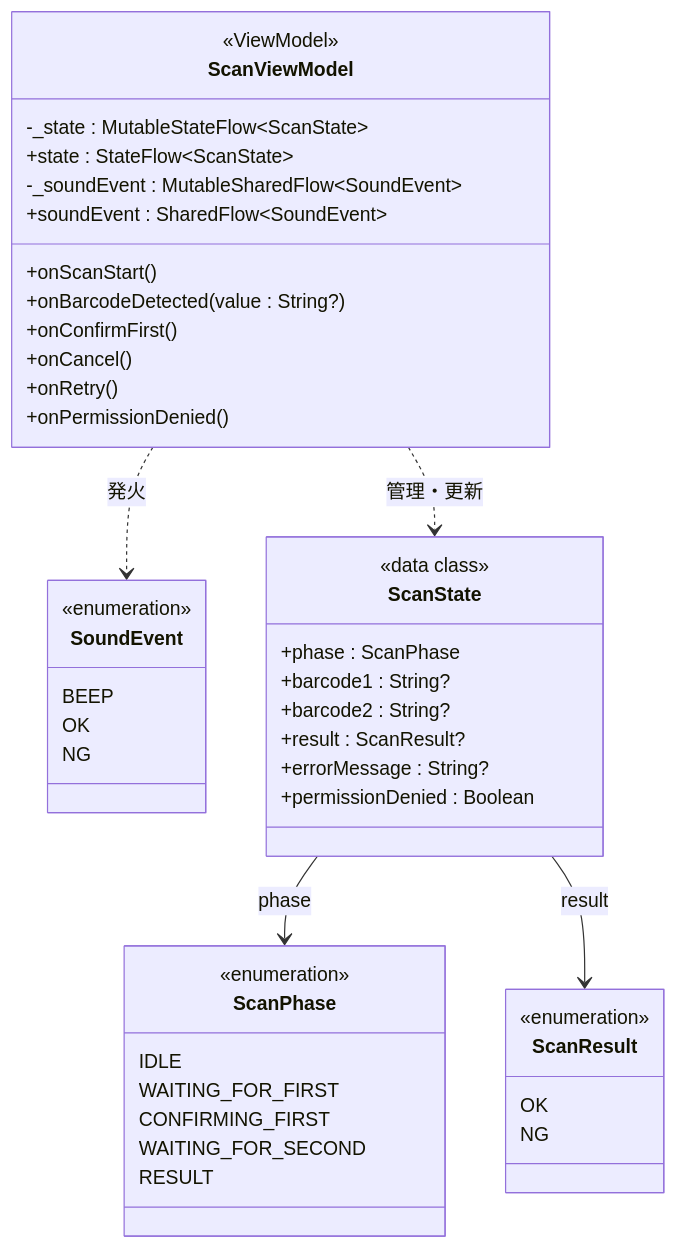
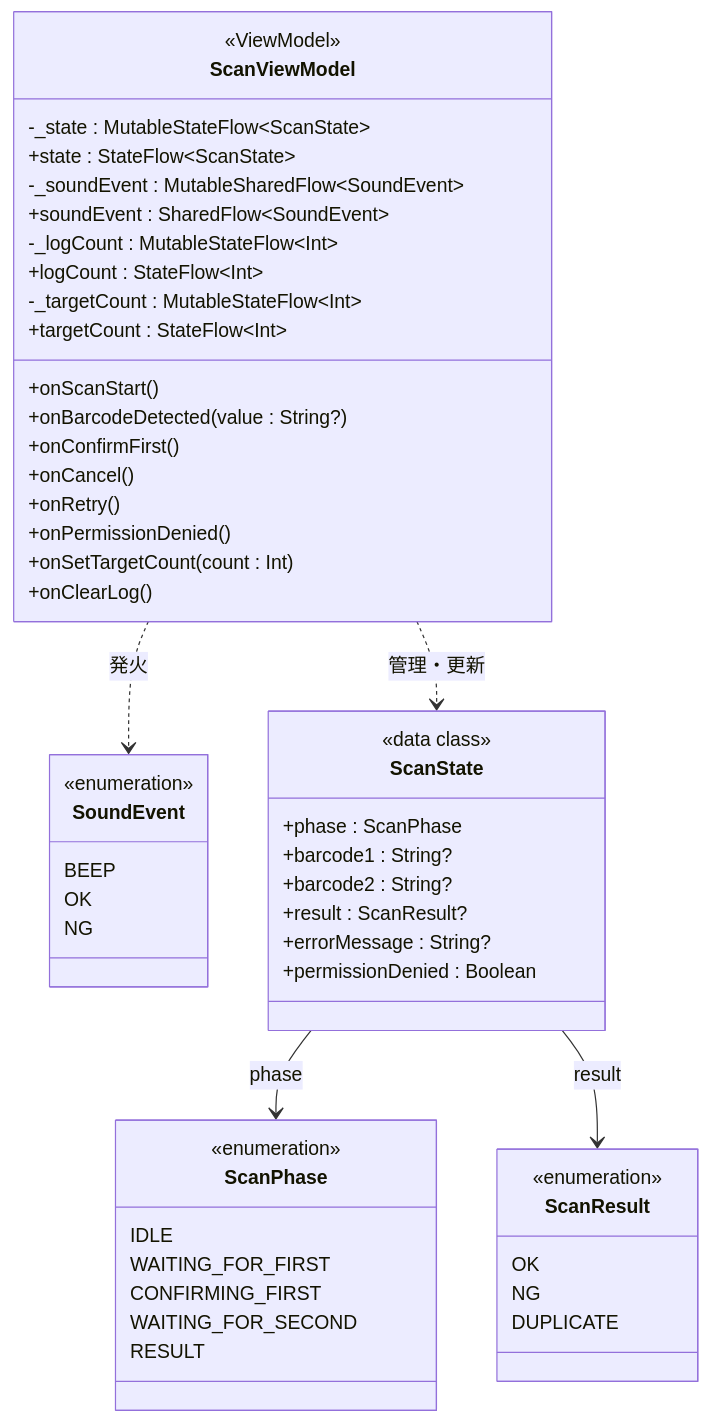
One commit to garyohosu/ocrreader changed the second of 3 diagrams in CLASS.md. Above: the diagram before and after it, drawn with Mermaid. The commit also changed other lines of this file and 6 other files, not shown here.

````diff
--- a/CLASS.md
+++ b/CLASS.md
@@ -167,53 +215,60 @@
 ```mermaid
 classDiagram
     class ScanPhase {
         <<enumeration>>
         IDLE
         WAITING_FOR_FIRST
         CONFIRMING_FIRST
         WAITING_FOR_SECOND
         RESULT
     }
 
     class ScanResult {
         <<enumeration>>
         OK
         NG
+        DUPLICATE
     }
 
     class SoundEvent {
         <<enumeration>>
         BEEP
         OK
         NG
     }
 
     class ScanState {
         <<data class>>
         +phase : ScanPhase
         +barcode1 : String?
         +barcode2 : String?
         +result : ScanResult?
         +errorMessage : String?
         +permissionDenied : Boolean
     }
 
     class ScanViewModel {
         <<ViewModel>>
         -_state : MutableStateFlow~ScanState~
         +state : StateFlow~ScanState~
         -_soundEvent : MutableSharedFlow~SoundEvent~
         +soundEvent : SharedFlow~SoundEvent~
+        -_logCount : MutableStateFlow~Int~
+        +logCount : StateFlow~Int~
+        -_targetCount : MutableStateFlow~Int~
+        +targetCount : StateFlow~Int~
         +onScanStart()
         +onBarcodeDetected(value : String?)
         +onConfirmFirst()
         +onCancel()
         +onRetry()
         +onPermissionDenied()
+        +onSetTargetCount(count : Int)
+        +onClearLog()
     }
 
     ScanState --> ScanPhase : phase
     ScanState --> ScanResult : result
     ScanViewModel ..> ScanState : 管理・更新
     ScanViewModel ..> SoundEvent : 発火
 ```
````
